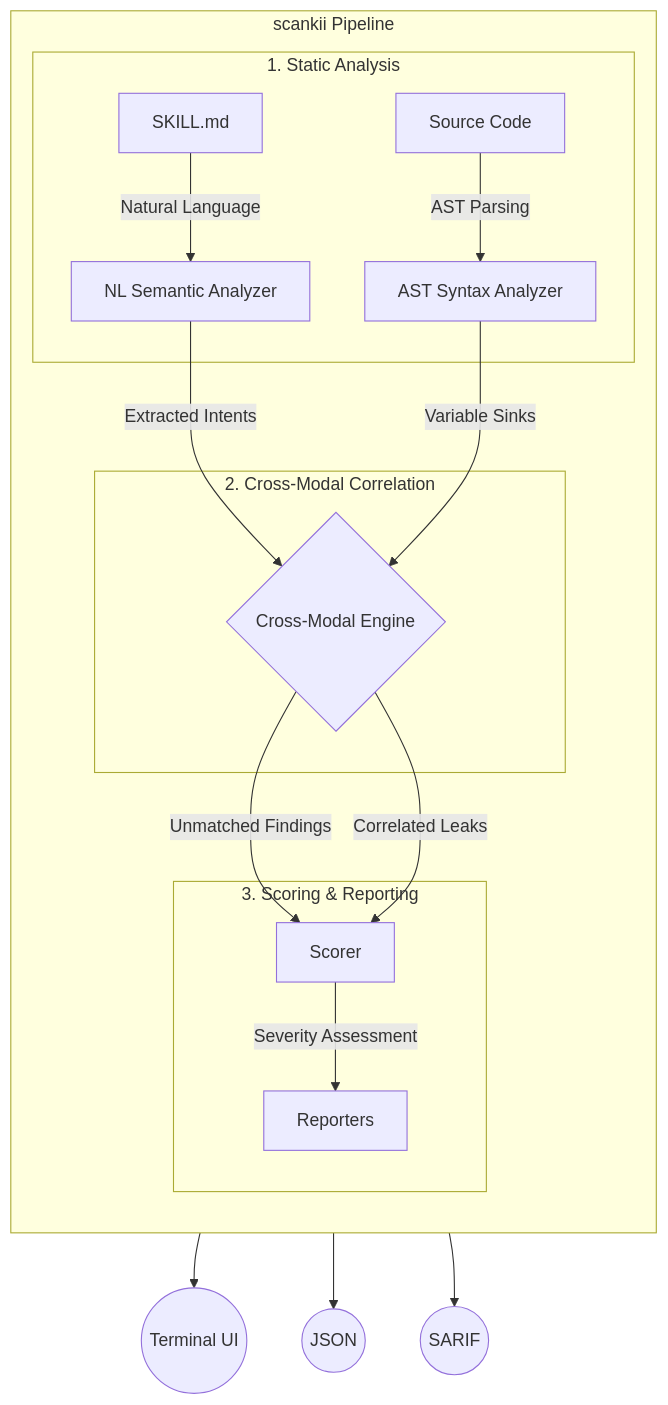
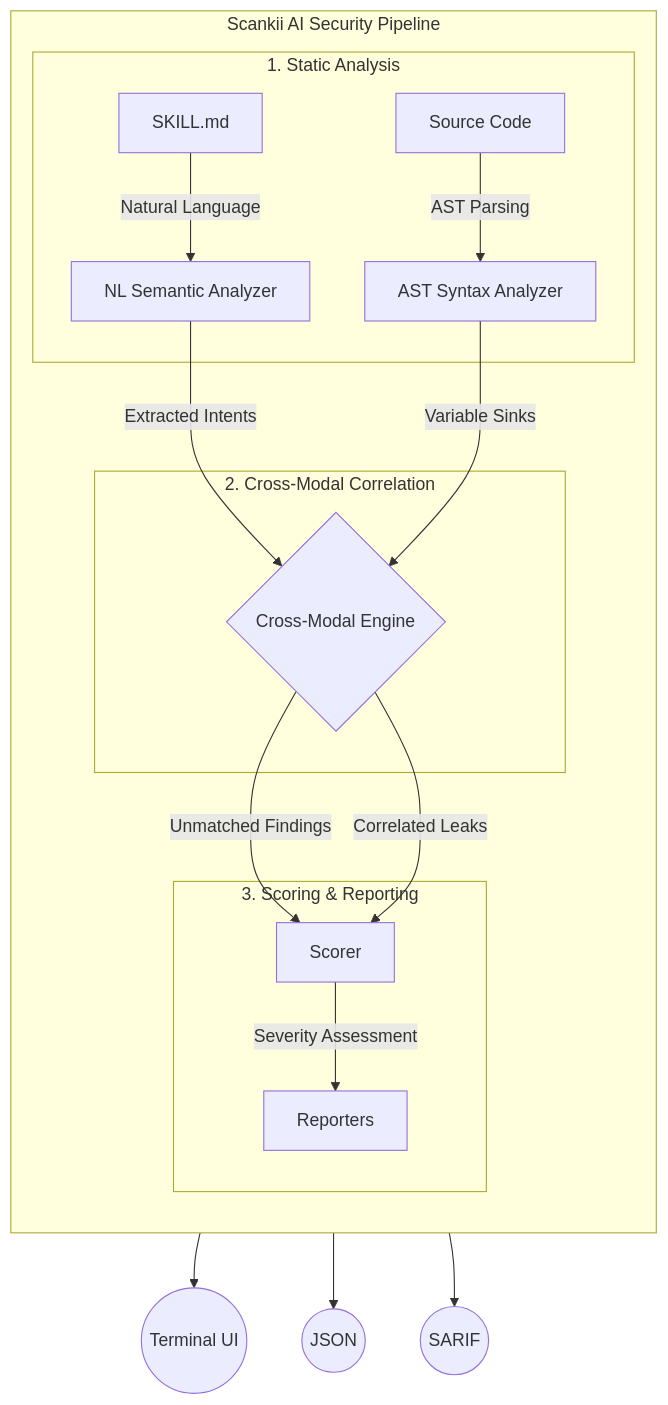
Before and after one commit to ashp15205/scankii: the diagram in README.md, drawn with Mermaid. The commit also changed other lines of this file and 1 other file, not shown here.

````diff
--- a/README.md
+++ b/README.md
@@ -62,26 +64,26 @@
 ```mermaid
 graph TD
-    subgraph "scankii Pipeline"
+    subgraph "Scankii AI Security Pipeline"
         direction TB
         
         subgraph "1. Static Analysis"
             A[SKILL.md] -->|Natural Language| B[NL Semantic Analyzer]
             C[Source Code] -->|AST Parsing| D[AST Syntax Analyzer]
         end
         
         subgraph "2. Cross-Modal Correlation"
             B -->|Extracted Intents| E{Cross-Modal Engine}
             D -->|Variable Sinks| E
         end
         
         subgraph "3. Scoring & Reporting"
             E -->|Unmatched Findings| F[Scorer]
             E -->|Correlated Leaks| F
             F -->|Severity Assessment| G[Reporters]
         end
     end
     
     G --> H((Terminal UI))
     G --> I((JSON))
     G --> J((SARIF))
 ```
````
